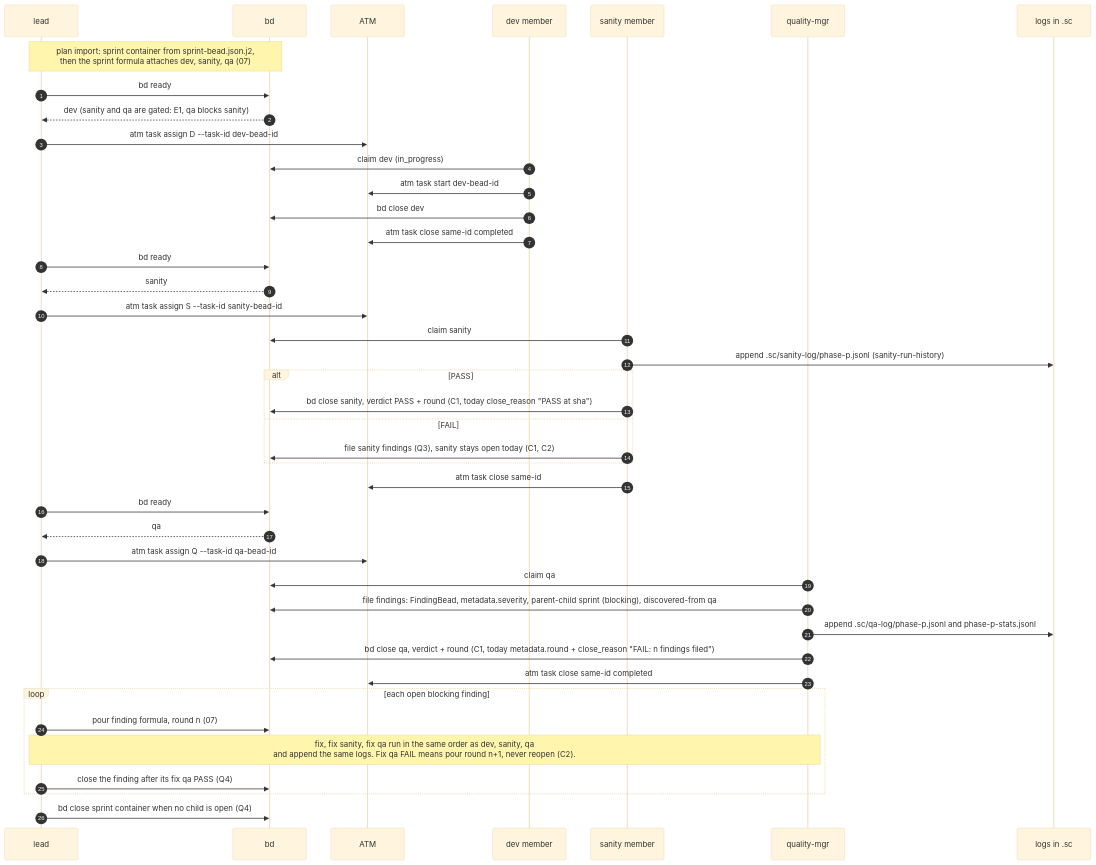
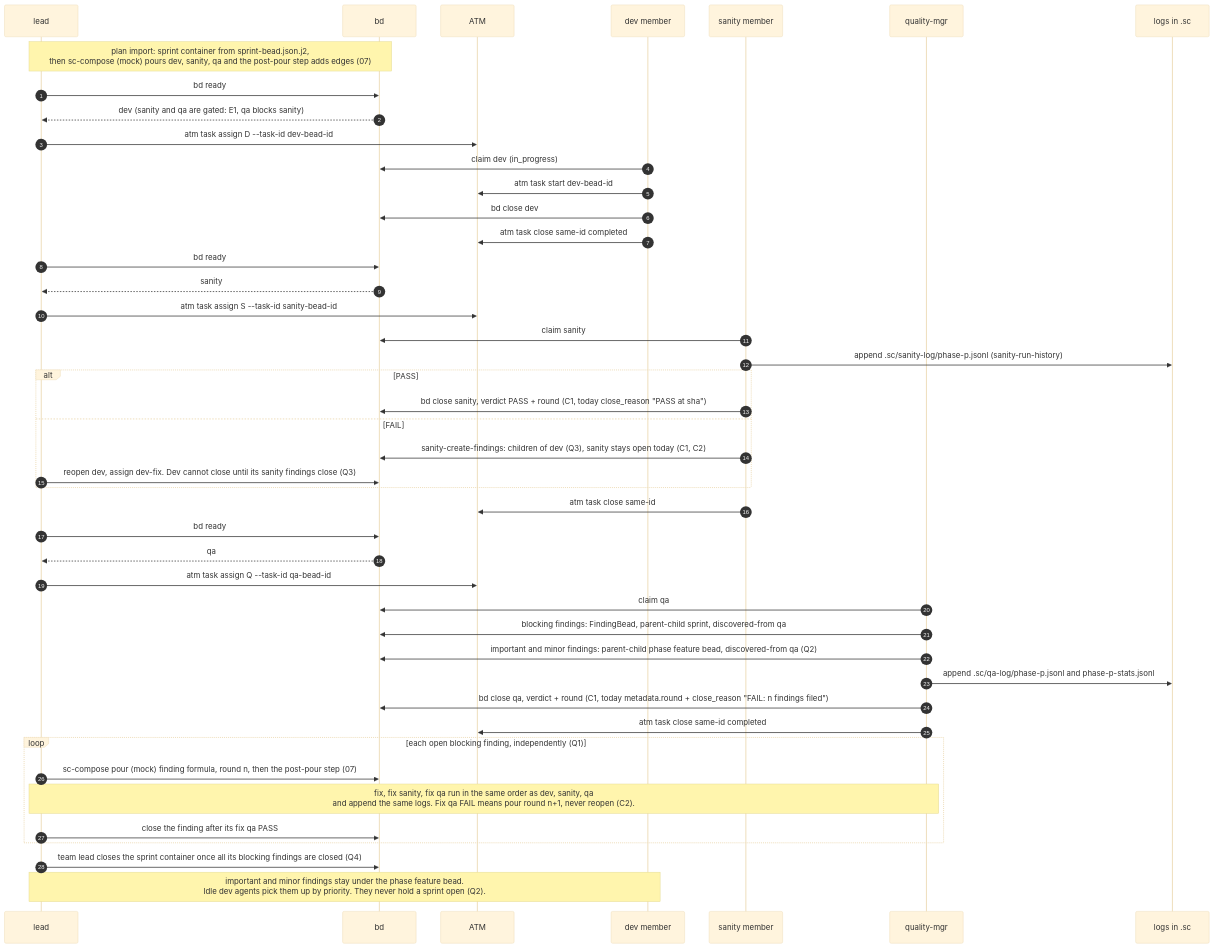
One commit to randlee/atm-bd-orchestration changed the first of 4 diagrams in docs/diagrams/05-lifecycle.md. Above: the diagram before and after it, drawn with Mermaid (base theme). The commit also changed other lines of this file and 5 other files, not shown here.

First line of the commit message:
docs: apply Rand's rulings to the bead diagrams

````diff
--- a/docs/diagrams/05-lifecycle.md
+++ b/docs/diagrams/05-lifecycle.md
@@ -5,45 +5,48 @@
 ```mermaid
 sequenceDiagram
   autonumber
   participant L as lead
   participant B as bd
   participant A as ATM
   participant D as dev member
   participant S as sanity member
   participant Q as quality-mgr
   participant G as logs in .sc
 
-  Note over L,B: plan import: sprint container from sprint-bead.json.j2,<br/>then the sprint formula attaches dev, sanity, qa (07)
+  Note over L,B: plan import: sprint container from sprint-bead.json.j2,<br/>then sc-compose (mock) pours dev, sanity, qa and the post-pour step adds edges (07)
   L->>B: bd ready
   B-->>L: dev (sanity and qa are gated: E1, qa blocks sanity)
   L->>A: atm task assign D --task-id dev-bead-id
   D->>B: claim dev (in_progress)
   D->>A: atm task start dev-bead-id
   D->>B: bd close dev
   D->>A: atm task close same-id completed
   L->>B: bd ready
   B-->>L: sanity
   L->>A: atm task assign S --task-id sanity-bead-id
   S->>B: claim sanity
   S->>G: append .sc/sanity-log/phase-p.jsonl (sanity-run-history)
   alt PASS
     S->>B: bd close sanity, verdict PASS + round (C1, today close_reason "PASS at sha")
   else FAIL
-    S->>B: file sanity findings (Q3), sanity stays open today (C1, C2)
+    S->>B: sanity-create-findings: children of dev (Q3), sanity stays open today (C1, C2)
+    L->>B: reopen dev, assign dev-fix. Dev cannot close until its sanity findings close (Q3)
   end
   S->>A: atm task close same-id
   L->>B: bd ready
   B-->>L: qa
   L->>A: atm task assign Q --task-id qa-bead-id
   Q->>B: claim qa
-  Q->>B: file findings: FindingBead, metadata.severity, parent-child sprint (blocking), discovered-from qa
+  Q->>B: blocking findings: FindingBead, parent-child sprint, discovered-from qa
+  Q->>B: important and minor findings: parent-child phase feature bead, discovered-from qa (Q2)
   Q->>G: append .sc/qa-log/phase-p.jsonl and phase-p-stats.jsonl
   Q->>B: bd close qa, verdict + round (C1, today metadata.round + close_reason "FAIL: n findings filed")
   Q->>A: atm task close same-id completed
-  loop each open blocking finding
-    L->>B: pour finding formula, round n (07)
+  loop each open blocking finding, independently (Q1)
+    L->>B: sc-compose pour (mock) finding formula, round n, then the post-pour step (07)
     Note over L,Q: fix, fix sanity, fix qa run in the same order as dev, sanity, qa<br/>and append the same logs. Fix qa FAIL means pour round n+1, never reopen (C2).
-    L->>B: close the finding after its fix qa PASS (Q4)
+    L->>B: close the finding after its fix qa PASS
   end
-  L->>B: bd close sprint container when no child is open (Q4)
+  L->>B: team lead closes the sprint container once all its blocking findings are closed (Q4)
+  Note over L,D: important and minor findings stay under the phase feature bead.<br/>Idle dev agents pick them up by priority. They never hold a sprint open (Q2).
 ```
````
